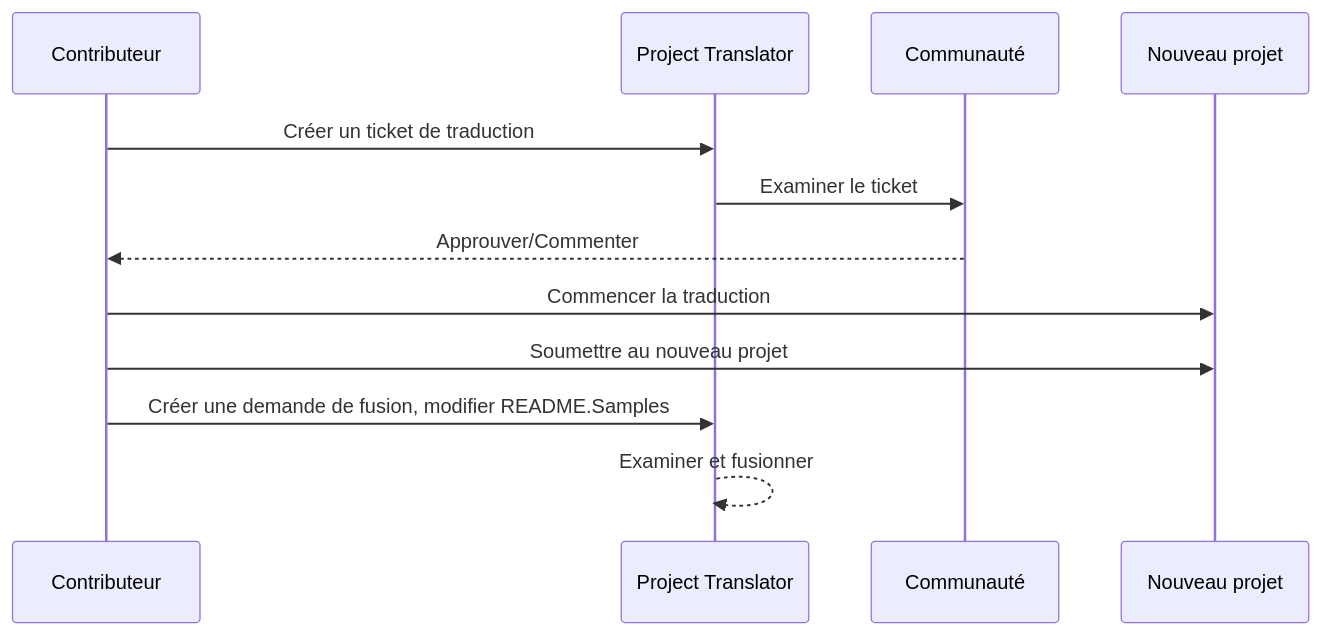
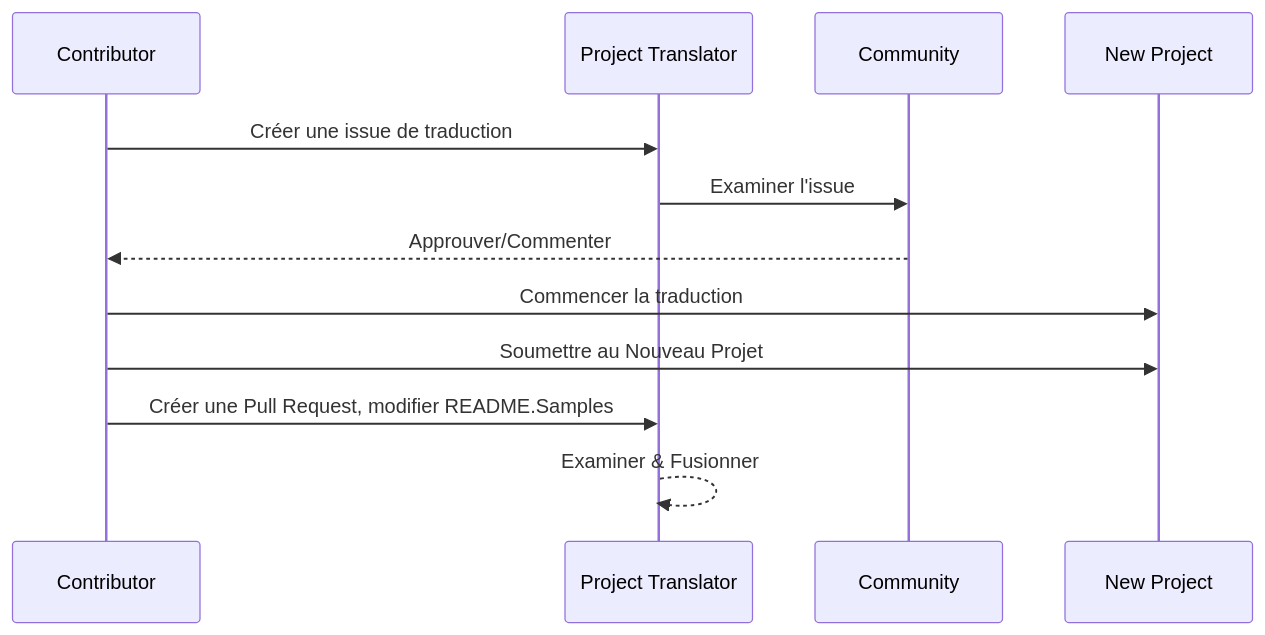
Before and after one commit to Project-Translation/project_translator: the diagram in readmes/README.fr-fr.md, drawn with Mermaid. The commit also changed other lines of this file and 48 other files, not shown here.

````diff
--- a/readmes/README.fr-fr.md
+++ b/readmes/README.fr-fr.md
@@ -50,10 +56,10 @@
 ```mermaid
 sequenceDiagram
-  Contributeur->>Project Translator: Créer un ticket de traduction
-  Project Translator->>Communauté: Examiner le ticket
-  Communauté-->>Contributeur: Approuver/Commenter
-  Contributeur->>Nouveau projet: Commencer la traduction
-  Contributeur->>Nouveau projet: Soumettre au nouveau projet
-  Contributeur->>Project Translator: Créer une demande de fusion, modifier README.Samples
-  Project Translator-->>Project Translator: Examiner et fusionner
+  Contributor->>Project Translator: Créer une issue de traduction
+  Project Translator->>Community: Examiner l'issue
+  Community-->>Contributor: Approuver/Commenter
+  Contributor->>New Project: Commencer la traduction
+  Contributor->>New Project: Soumettre au Nouveau Projet
+  Contributor->>Project Translator: Créer une Pull Request, modifier README.Samples
+  Project Translator-->>Project Translator: Examiner & Fusionner
 ```
````
